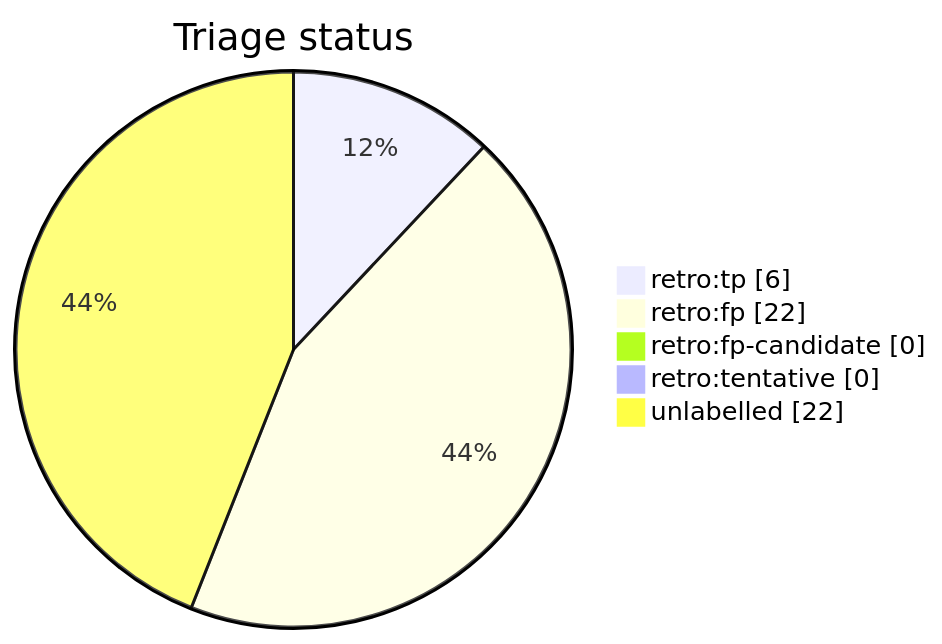
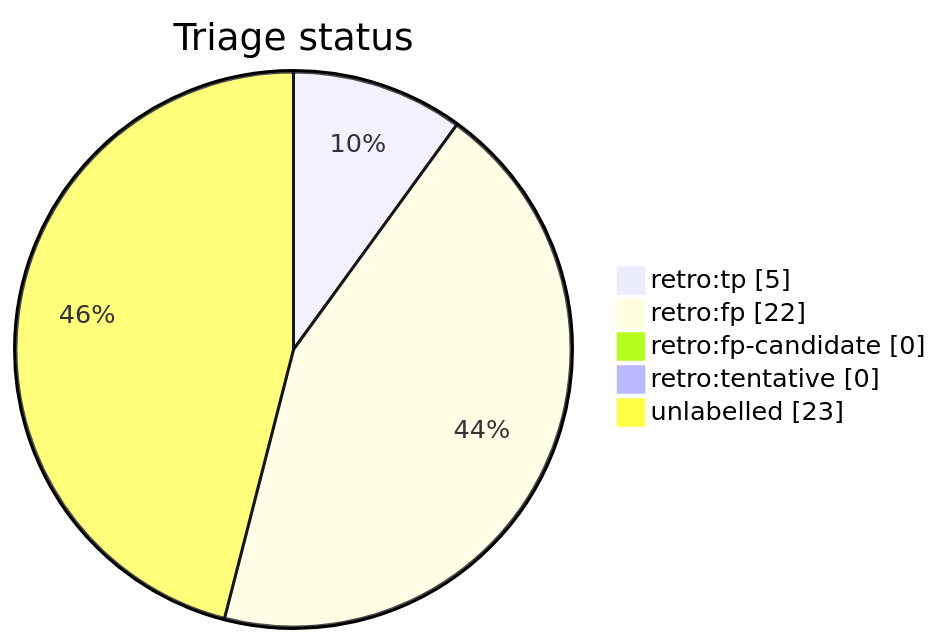
One commit to tvna/claude-md changed the diagram in docs/generated/scripts/auto-retro-triage-report.md. Above: the diagram before and after it, drawn with Mermaid. The commit also changed other lines of this file, not shown here.

First line of the commit message:
chore(auto-retro): refresh triage report

````diff
--- a/docs/generated/scripts/auto-retro-triage-report.md
+++ b/docs/generated/scripts/auto-retro-triage-report.md
@@ -15,9 +15,9 @@
 ```mermaid
 pie showData
     title Triage status
-    "retro:tp" : 6
+    "retro:tp" : 5
     "retro:fp" : 22
     "retro:fp-candidate" : 0
     "retro:tentative" : 0
-    "unlabelled" : 22
+    "unlabelled" : 23
 ```
````
